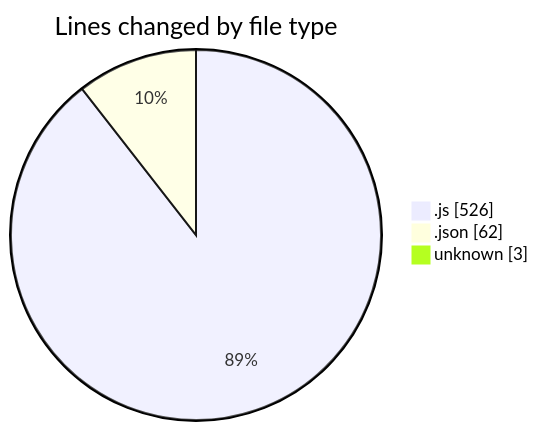
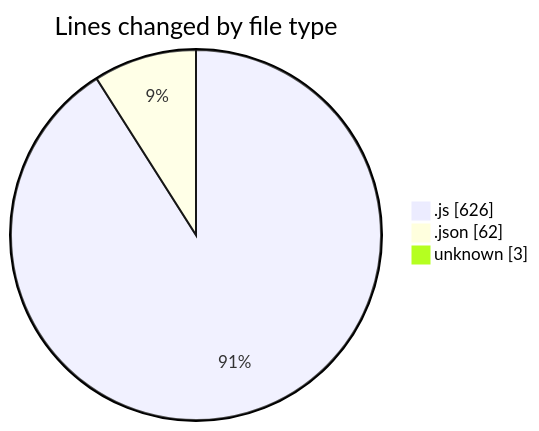
One commit to Ritupan-Deka/code-tracking changed the first of 2 diagrams in 2025-07-02/mern-thinkboard/README.md. Above: the diagram before and after it, drawn with Mermaid. The commit also changed other lines of this file and 1 other file, not shown here.

````diff
--- a/2025-07-02/mern-thinkboard/README.md
+++ b/2025-07-02/mern-thinkboard/README.md
@@ -29,7 +29,7 @@
 ```mermaid
 pie showData
 title Lines changed by file type
-".js" : 526
+".js" : 626
 ".json" : 62
 "unknown" : 3
 ```
````
